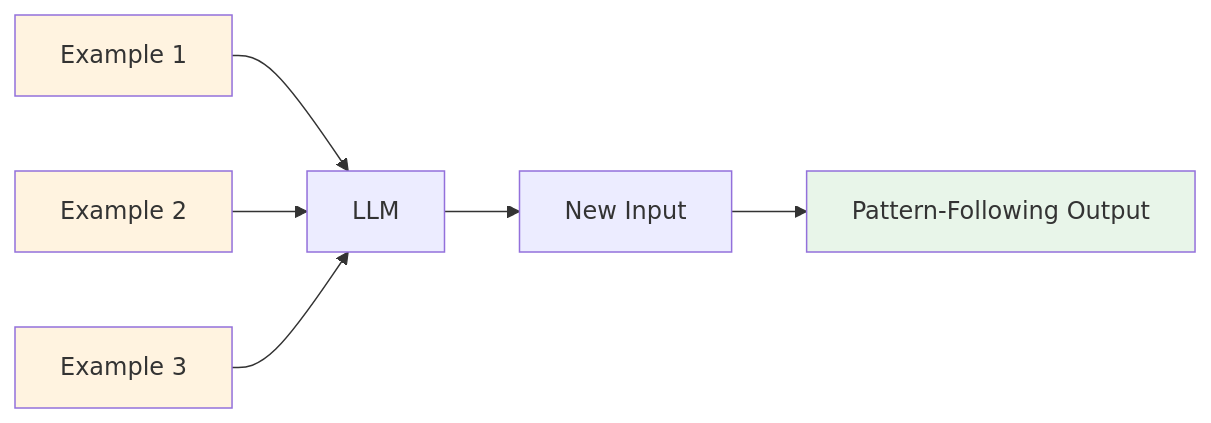
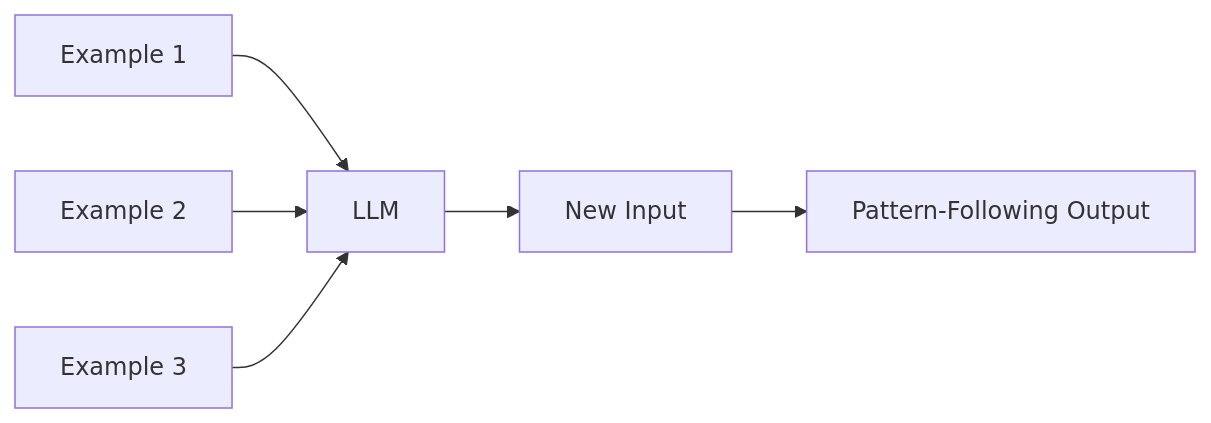
The second of 6 diagrams in 02-basics-en.md (yuexiaoliang/prompt-engineering-learning), drawn with Mermaid before and after one commit. The commit also changed other lines of this file, not shown here.

Commit message:
fix: remove hardcoded fill colors from mermaid diagrams for light/dark theme adaptation

````diff
--- a/02-basics-en.md
+++ b/02-basics-en.md
@@ -131,13 +128,8 @@
 ```mermaid
 flowchart LR
     A[Example 1] --> D[LLM]
     B[Example 2] --> D
     C[Example 3] --> D
     D --> E[New Input]
     E --> F[Pattern-Following Output]
-
-    style A fill:#fff3e0
-    style B fill:#fff3e0
-    style C fill:#fff3e0
-    style F fill:#e8f5e9
 ```
````
